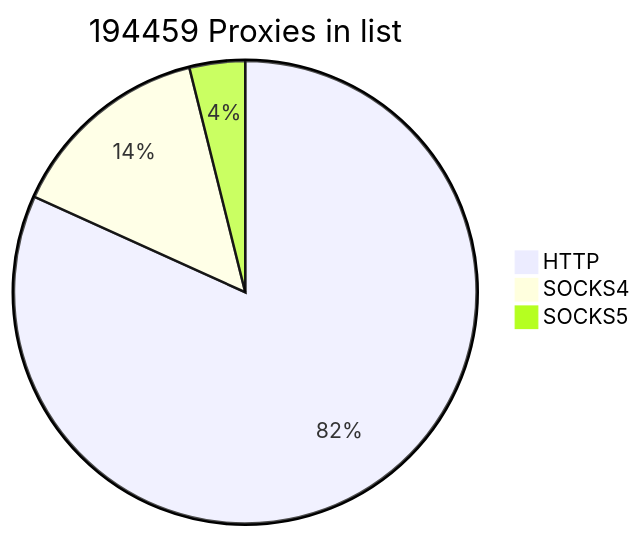
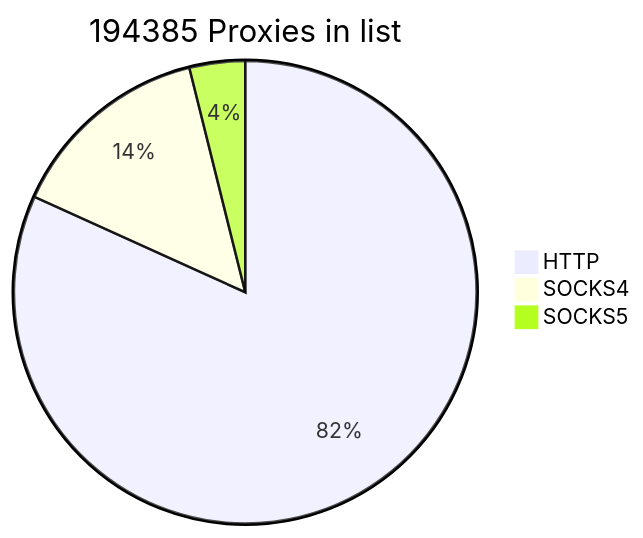
The first of 2 diagrams in README.md (cutipu/proxylist), drawn with Mermaid before and after one commit. The commit also changed other lines of this file, not shown here.

````diff
--- a/README.md
+++ b/README.md
@@ -2,7 +2,7 @@
 ```mermaid
-pie title 194459 Proxies in list
-    "HTTP" : 159001
-    "SOCKS4" : 27909
-    "SOCKS5" : 7549
+pie title 194385 Proxies in list
+    "HTTP" : 158927
+    "SOCKS4" : 27907
+    "SOCKS5" : 7551
             
 ```
````
